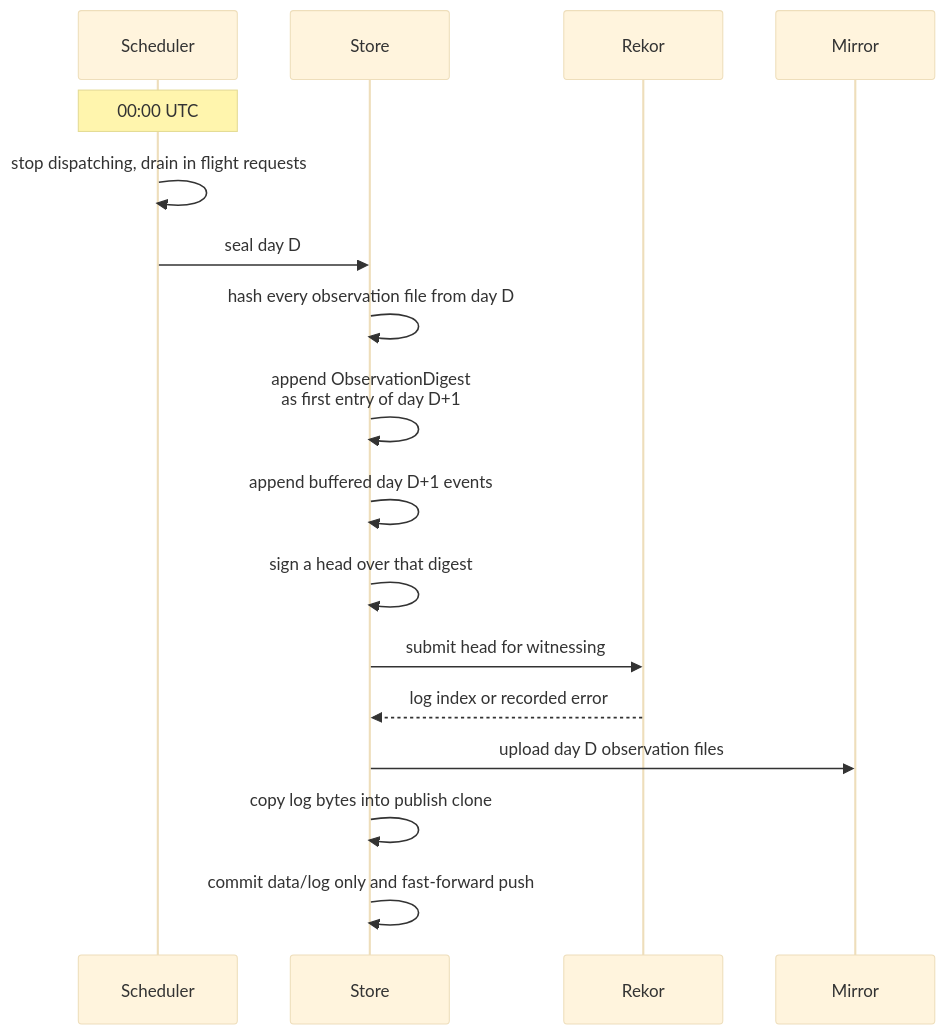
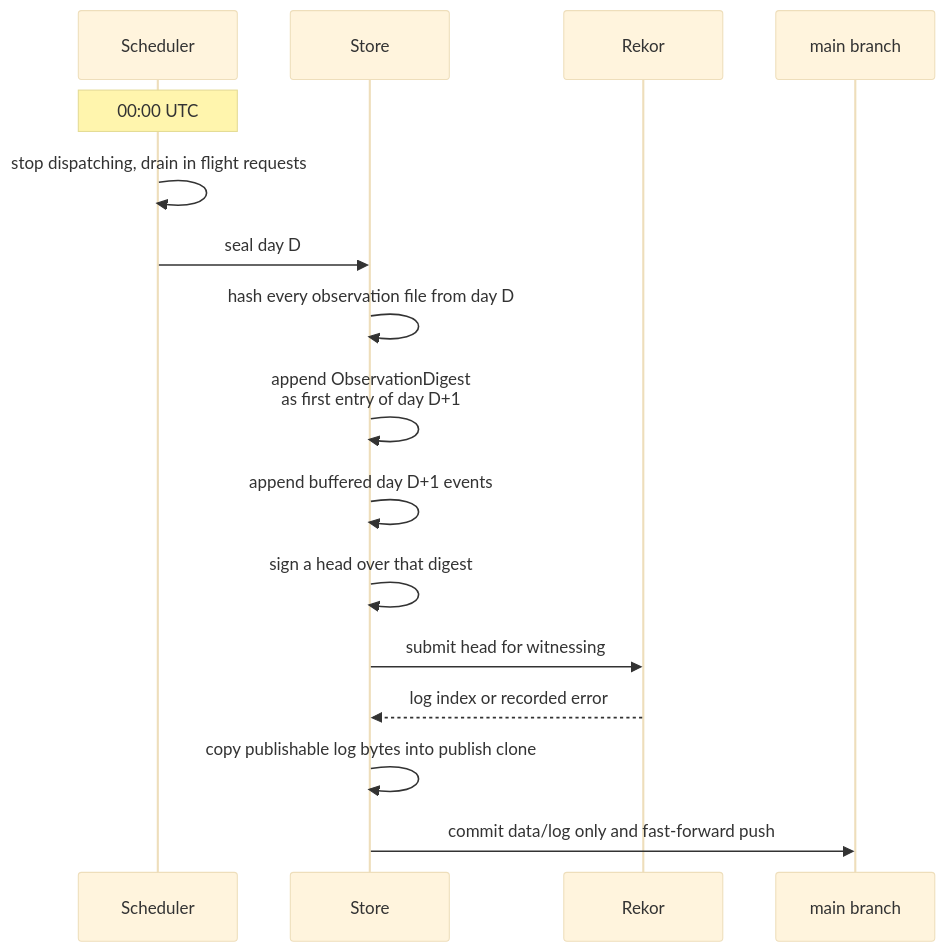
The sixth of 6 diagrams in docs/HOW-IT-WORKS.md (GautamTalksDev/refledger), drawn with Mermaid (base theme) before and after one commit. The commit also changed other lines of this file and 13 other files, not shown here.

````diff
--- a/docs/HOW-IT-WORKS.md
+++ b/docs/HOW-IT-WORKS.md
@@ -172,19 +179,18 @@
 ```mermaid
 sequenceDiagram
     participant S as Scheduler
     participant St as Store
     participant R as Rekor
-    participant M as Mirror
+    participant G as main branch
     Note over S: 00:00 UTC
     S->>S: stop dispatching, drain in flight requests
     S->>St: seal day D
     St->>St: hash every observation file from day D
     St->>St: append ObservationDigest<br/>as first entry of day D+1
     St->>St: append buffered day D+1 events
     St->>St: sign a head over that digest
     St->>R: submit head for witnessing
     R-->>St: log index or recorded error
-    St->>M: upload day D observation files
-    St->>St: copy log bytes into publish clone
-    St->>St: commit data/log only and fast-forward push
+    St->>St: copy publishable log bytes into publish clone
+    St->>G: commit data/log only and fast-forward push
 ```
````
